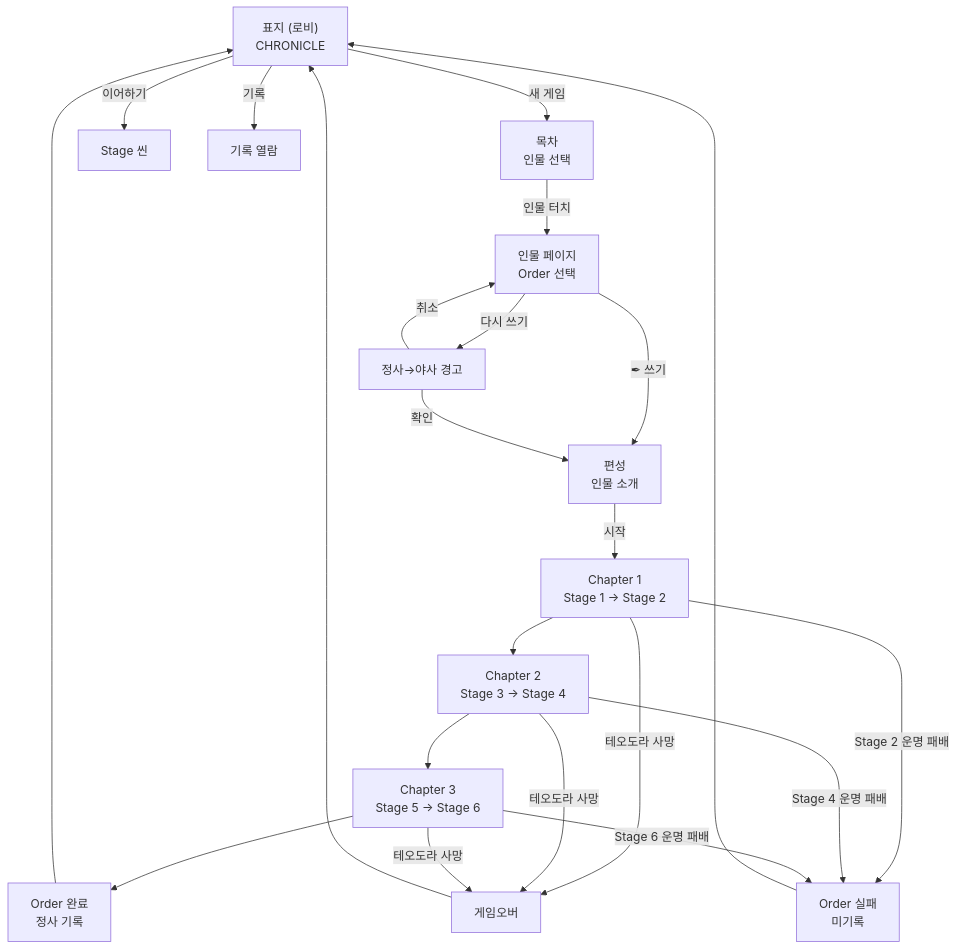
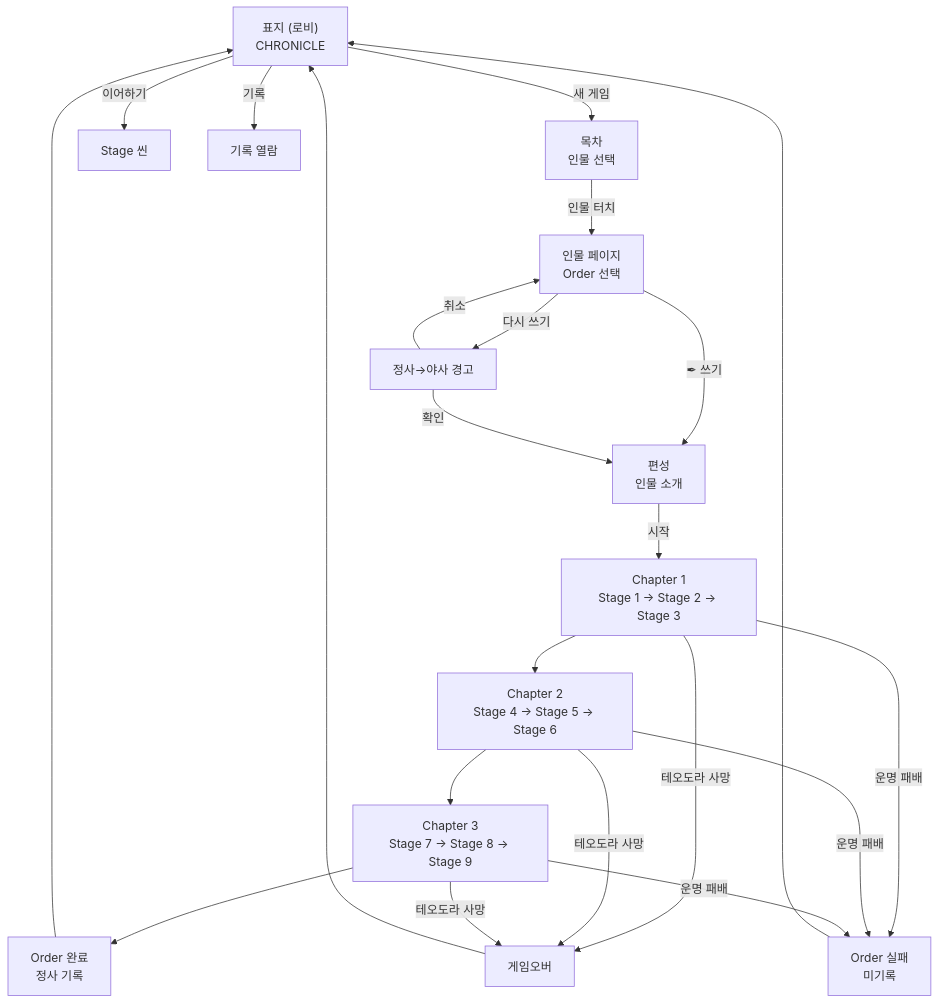
The diagram in 04_메타/책구조.md (roam1215-beep/Chronicle-wiki), drawn with Mermaid before and after one commit. The commit also changed other lines of this file, not shown here.

````diff
--- a/04_메타/책구조.md
+++ b/04_메타/책구조.md
@@ -120,28 +121,28 @@
 ```mermaid
 flowchart TD
     COVER["표지 (로비)\nCHRONICLE"] -->|새 게임| TOC["목차\n인물 선택"]
     COVER -->|이어하기| STAGE["Stage 씬"]
     COVER -->|기록| RECORD["기록 열람"]
     
     TOC -->|인물 터치| CHARPAGE["인물 페이지\nOrder 선택"]
     
     CHARPAGE -->|✒ 쓰기| FORMATION["편성\n인물 소개"]
     CHARPAGE -->|다시 쓰기| WARN["정사→야사 경고"]
     WARN -->|확인| FORMATION
     WARN -->|취소| CHARPAGE
     
-    FORMATION -->|시작| CH1["Chapter 1\nStage 1 → Stage 2"]
-    CH1 --> CH2["Chapter 2\nStage 3 → Stage 4"]
-    CH2 --> CH3["Chapter 3\nStage 5 → Stage 6"]
+    FORMATION -->|시작| CH1["Chapter 1\nStage 1 → Stage 2 → Stage 3"]
+    CH1 --> CH2["Chapter 2\nStage 4 → Stage 5 → Stage 6"]
+    CH2 --> CH3["Chapter 3\nStage 7 → Stage 8 → Stage 9"]
     CH3 --> SAVE["Order 완료\n정사 기록"]
     SAVE --> COVER
     
     CH1 -->|테오도라 사망| GAMEOVER["게임오버"]
     CH2 -->|테오도라 사망| GAMEOVER
     CH3 -->|테오도라 사망| GAMEOVER
-    CH1 -->|Stage 2 운명 패배| FAIL["Order 실패\n미기록"]
-    CH2 -->|Stage 4 운명 패배| FAIL
-    CH3 -->|Stage 6 운명 패배| FAIL
+    CH1 -->|운명 패배| FAIL["Order 실패\n미기록"]
+    CH2 -->|운명 패배| FAIL
+    CH3 -->|운명 패배| FAIL
     GAMEOVER --> COVER
     FAIL --> COVER
 ```
````
